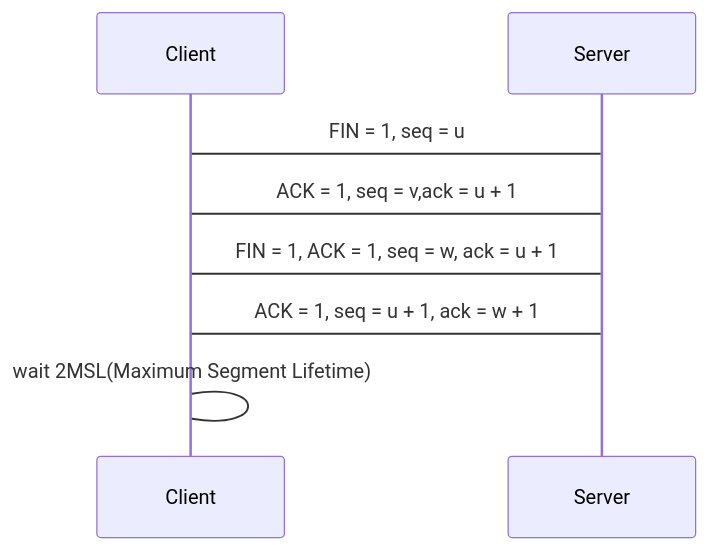
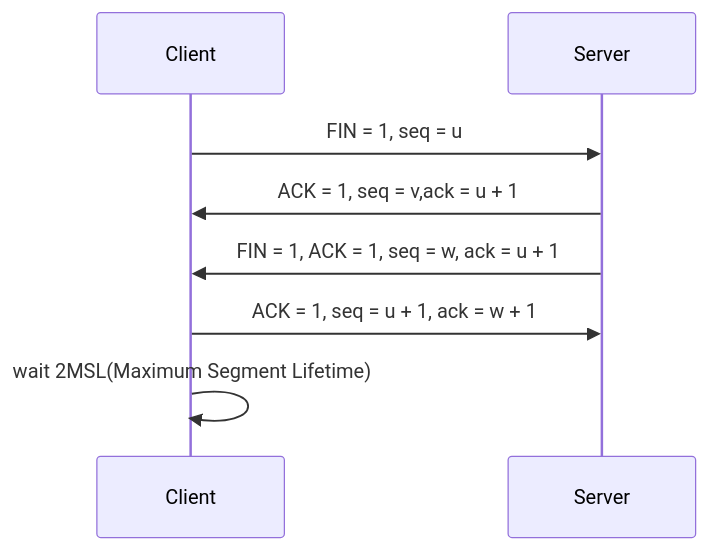
The second of 2 diagrams in network/计算机网络基础/传输层/TCP.md (goasleep/NoteBook), drawn with Mermaid before and after one commit. The commit also changed other lines of this file and 7 other files, not shown here.

````diff
--- a/network/计算机网络基础/传输层/TCP.md
+++ b/network/计算机网络基础/传输层/TCP.md
@@ -40,8 +71,8 @@
 ``` mermaid
 sequenceDiagram
-    Client -> Server:FIN = 1, seq = u
-    Server -> Client:ACK = 1, seq = v,ack = u + 1
-    Server -> Client:FIN = 1, ACK = 1, seq = w, ack = u + 1
-    Client -> Server:ACK = 1, seq = u + 1, ack = w + 1
-    Client -> Client: wait 2MSL(Maximum Segment Lifetime)
+    Client ->> Server:FIN = 1, seq = u
+    Server ->> Client:ACK = 1, seq = v,ack = u + 1
+    Server ->> Client:FIN = 1, ACK = 1, seq = w, ack = u + 1
+    Client ->> Server:ACK = 1, seq = u + 1, ack = w + 1
+    Client ->> Client: wait 2MSL(Maximum Segment Lifetime)
 ```
````
